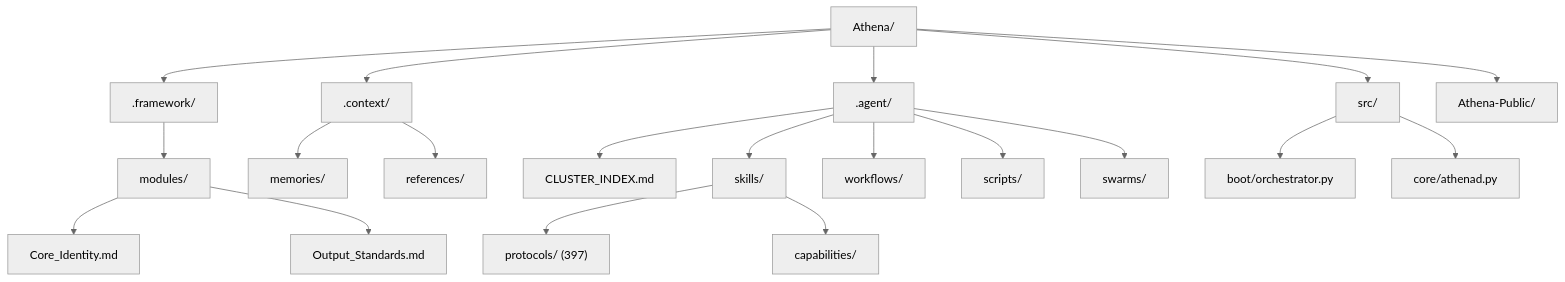
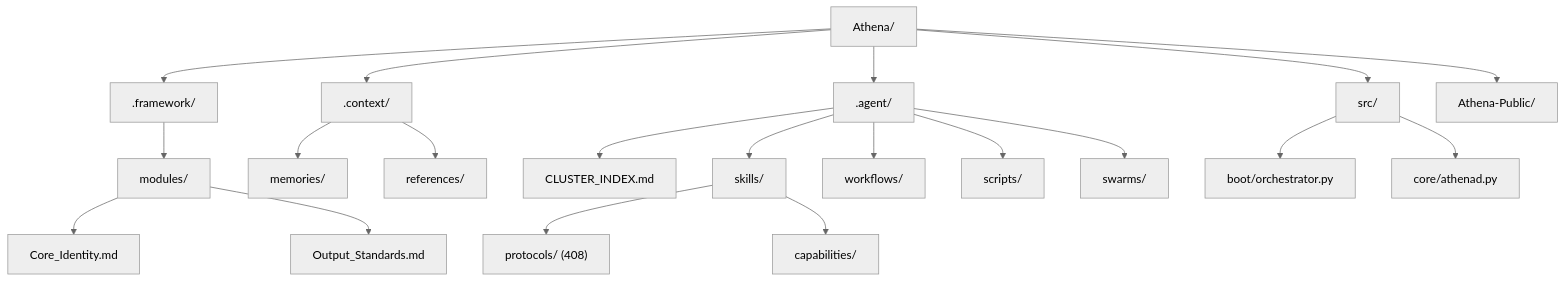
One commit to agent-memory-atlas-archive/winstonkoh87--Athena-Public changed the first of 9 diagrams in docs/ARCHITECTURE.md. Above: the diagram before and after it, drawn with Mermaid (neutral theme). The commit also changed other lines of this file and 7 other files, not shown here.

````diff
--- a/docs/ARCHITECTURE.md
+++ b/docs/ARCHITECTURE.md
@@ -101,27 +101,27 @@
 ```mermaid
 graph TD
     ROOT[Athena/] --> FRAMEWORK[.framework/]
     ROOT --> CONTEXT[.context/]
     ROOT --> AGENT[.agent/]
     ROOT --> SRC[src/]
     ROOT --> PUBLIC[Athena-Public/]
 
     FRAMEWORK --> FW_MODULES[modules/]
     FW_MODULES --> CORE_ID[Core_Identity.md]
     FW_MODULES --> OUTPUT[Output_Standards.md]
 
     CONTEXT --> MEMORIES[memories/]
     CONTEXT --> REFS[references/]
 
     AGENT --> CLUSTER_IDX[CLUSTER_INDEX.md]
     AGENT --> SKILLS[skills/]
     AGENT --> WORKFLOWS[workflows/]
     AGENT --> SCRIPTS[scripts/]
     AGENT --> SWARMS[swarms/]
 
-    SKILLS --> PROTOCOLS["protocols/ (397)"]
+    SKILLS --> PROTOCOLS["protocols/ (408)"]
     SKILLS --> CAPS[capabilities/]
 
     SRC --> BOOT[boot/orchestrator.py]
     SRC --> CORE[core/athenad.py]
 ```
````
